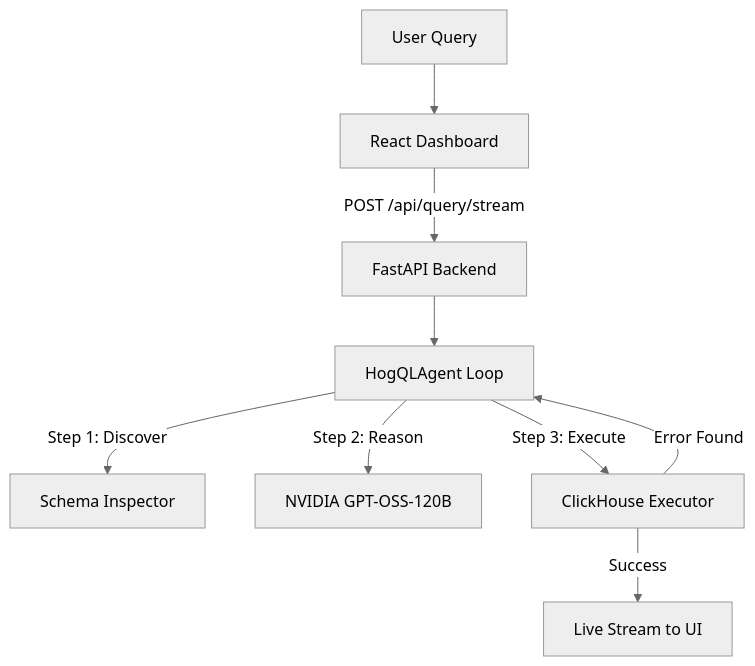
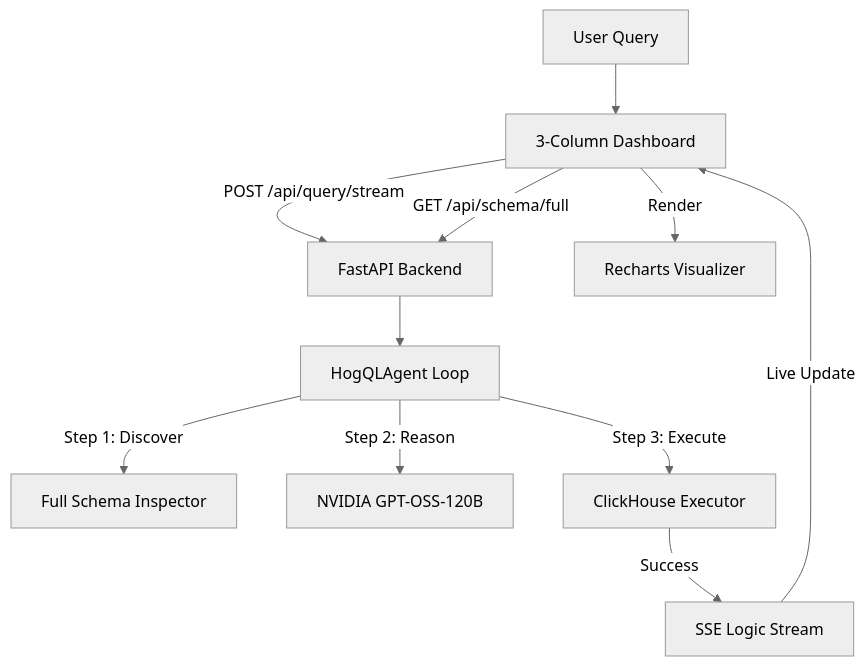
One commit to NITIN9181/Agentic-Text-to-HogQL-Execution changed the diagram in README.md. Above: the diagram before and after it, drawn with Mermaid (neutral theme). The commit also changed other lines of this file, not shown here.

Commit message:
docs: overhaul README with updated features, architecture diagram, and project structure documentation

````diff
--- a/README.md
+++ b/README.md
@@ -49,11 +48,13 @@
 ```mermaid
 graph TD
-    A[User Query] --> B[React Dashboard]
+    A[User Query] --> B[3-Column Dashboard]
     B -->|POST /api/query/stream| C[FastAPI Backend]
+    B -->|GET /api/schema/full| C
     C --> D[HogQLAgent Loop]
-    D -->|Step 1: Discover| E[Schema Inspector]
+    D -->|Step 1: Discover| E[Full Schema Inspector]
     D -->|Step 2: Reason| F[NVIDIA GPT-OSS-120B]
     D -->|Step 3: Execute| G[ClickHouse Executor]
-    G -->|Error Found| D
-    G -->|Success| H[Live Stream to UI]
+    G -->|Success| H[SSE Logic Stream]
+    H -->|Live Update| B
+    B -->|Render| I[Recharts Visualizer]
 ```
````
